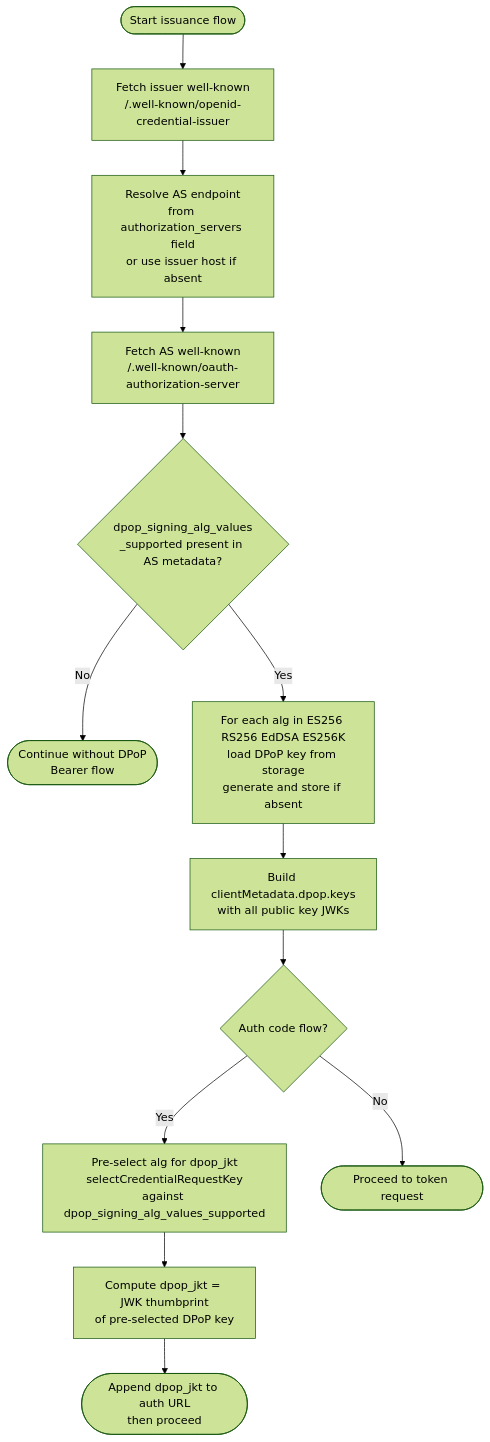
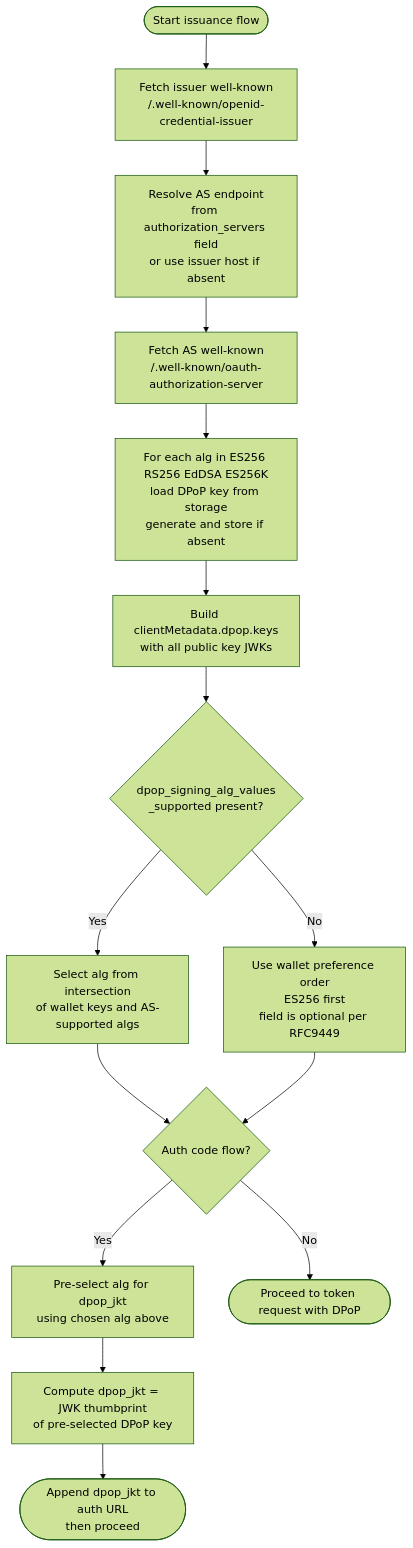
The first of 8 diagrams in docs/# ADR: DPoP Sender-Constrained Access To.md (Kaushikgupta469/inji-wallet), drawn with Mermaid (forest theme) before and after one commit. The commit also changed other lines of this file, not shown here.

Commit message:
docs(dpop): update ADR with finalised architecture and decision signals

````diff
--- a/docs/# ADR: DPoP Sender-Constrained Access To.md
+++ b/docs/# ADR: DPoP Sender-Constrained Access To.md
@@ -207,15 +210,17 @@
 ```mermaid
 flowchart TD
     A([Start issuance flow]) --> B[Fetch issuer well-known\n/.well-known/openid-credential-issuer]
     B --> C[Resolve AS endpoint\nfrom authorization_servers field\nor use issuer host if absent]
     C --> D[Fetch AS well-known\n/.well-known/oauth-authorization-server]
-    D --> E{dpop_signing_alg_values\n_supported present in AS metadata?}
-    E -- No --> F([Continue without DPoP\nBearer flow])
-    E -- Yes --> G[For each alg in ES256 RS256 EdDSA ES256K\nload DPoP key from storage\ngenerate and store if absent]
+    D --> G[For each alg in ES256 RS256 EdDSA ES256K\nload DPoP key from storage\ngenerate and store if absent]
     G --> H[Build clientMetadata.dpop.keys\nwith all public key JWKs]
-    H --> I{Auth code flow?}
-    I -- Yes --> J[Pre-select alg for dpop_jkt\nselectCredentialRequestKey\nagainst dpop_signing_alg_values_supported]
-    I -- No --> K([Proceed to token request])
+    H --> I1{dpop_signing_alg_values\n_supported present?}
+    I1 -- Yes --> I2[Select alg from intersection\nof wallet keys and AS-supported algs]
+    I1 -- No --> I3[Use wallet preference order\nES256 first\nfield is optional per RFC9449]
+    I2 --> I{Auth code flow?}
+    I3 --> I
+    I -- Yes --> J[Pre-select alg for dpop_jkt\nusing chosen alg above]
+    I -- No --> K([Proceed to token request with DPoP])
     J --> L[Compute dpop_jkt = JWK thumbprint\nof pre-selected DPoP key]
     L --> M([Append dpop_jkt to auth URL\nthen proceed])
 ```
````
